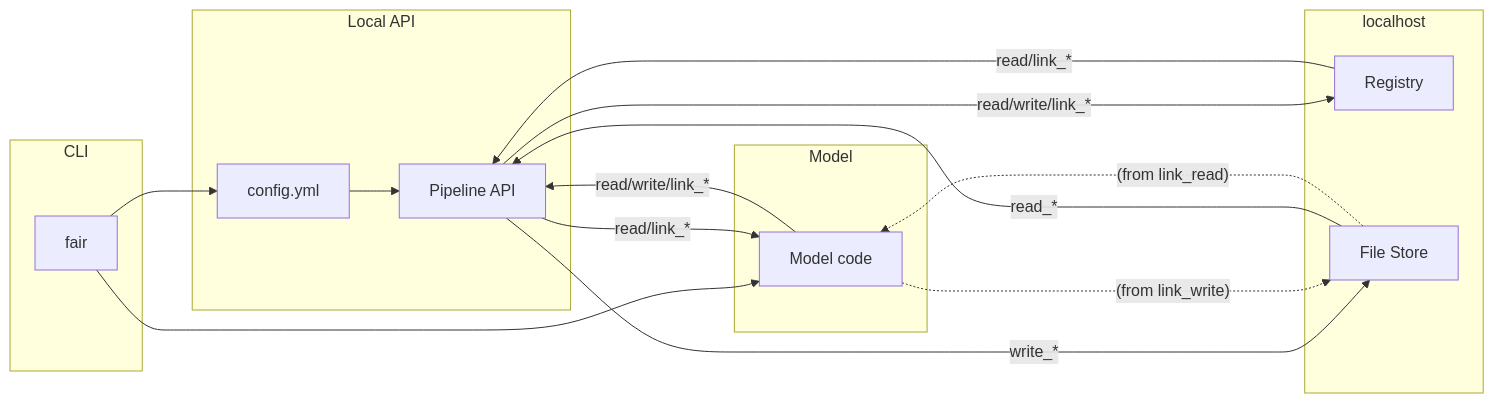
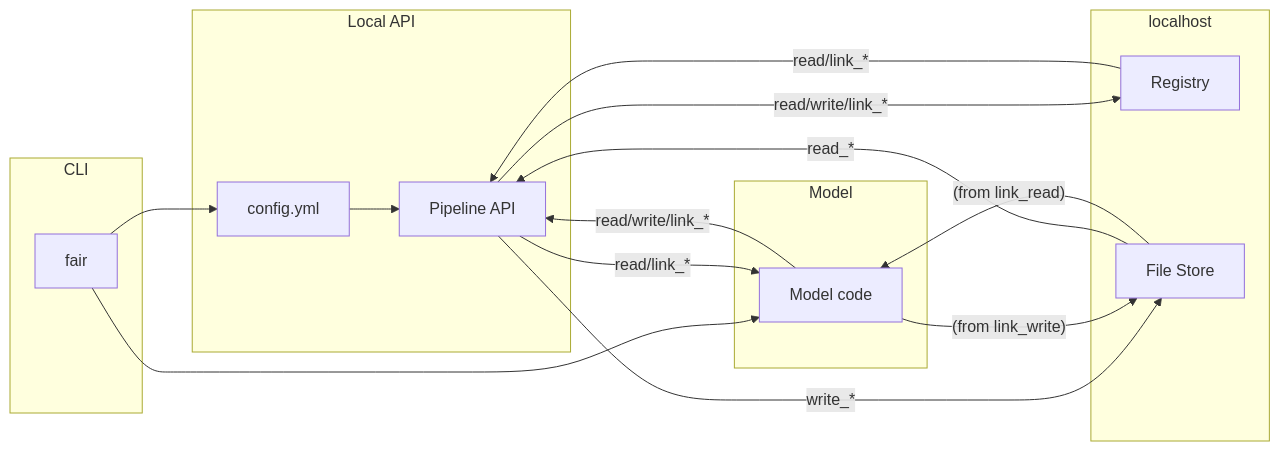
Before and after one commit to FAIRDataPipeline/hugo_source_files: the first of 2 diagrams in content/_index.md, drawn with Mermaid.

Commit message:
not dotted

```diff
--- a/content/_index.md
+++ b/content/_index.md
@@ -23,35 +23,35 @@
 {{<mermaid align="left">}}
 graph LR;
     subgraph CLI
         fair
     end
     subgraph Local API
         API[Pipeline API]
         CY[config.yml]
     end
     subgraph localhost
         LR[Registry]
         FS[File Store]
     end
     subgraph Model
         MC[Model code]
     end
  
     fair --> CY
     CY --> API
 
     fair --> MC
 
     MC --> |read/write/link_*| API
     API --> |read/write/link_*| LR
 
     LR --> |read/link_*| API
     API --> |read/link_*| MC
 
     API --> |write_*| FS
     FS  --> |read_*| API
 
-    MC -...-> |"(from link_write)"| FS
-    FS -...-> |"(from link_read)"| MC
+    MC --> |"(from link_write)"| FS
+    FS --> |"(from link_read)"| MC
 
 {{< /mermaid >}}
```
